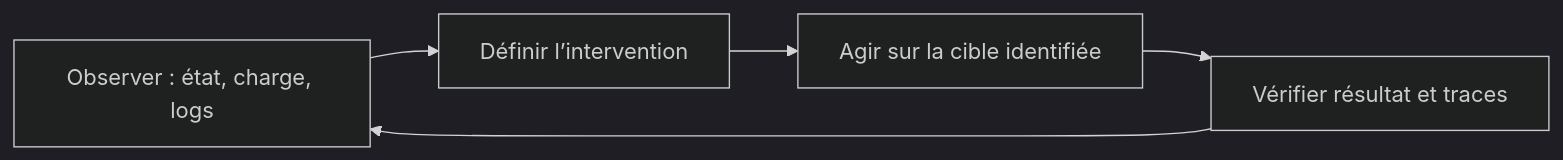
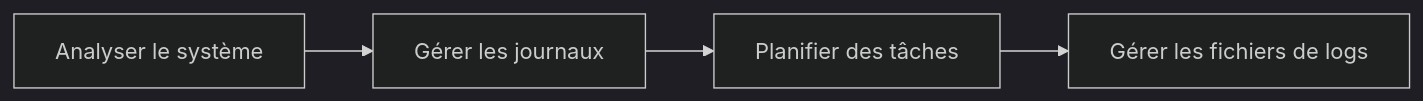
Before and after one commit to sk34pk25/tssr-cours: the second of 5 diagrams in docs/modules/05-administration-debian-gnu-linux/module-12-maintenance-d-un-systeme-en-production.md, drawn with Mermaid (dark theme). The commit also changed other lines of this file and 11 other files, not shown here.

````diff
--- a/docs/modules/05-administration-debian-gnu-linux/module-12-maintenance-d-un-systeme-en-production.md
+++ b/docs/modules/05-administration-debian-gnu-linux/module-12-maintenance-d-un-systeme-en-production.md
@@ -154,5 +138,10 @@
 ```mermaid
 flowchart LR
- O["Observer : état, charge, logs"] --> D["Définir l’intervention"] --> A["Agir sur la cible identifiée"] --> V["Vérifier résultat et traces"]
- V --> O
+    N1["Analyser le système"]
+    N2["Gérer les journaux"]
+    N3["Planifier des tâches"]
+    N4["Gérer les fichiers de logs"]
+    N1 --> N2
+    N2 --> N3
+    N3 --> N4
 ```
````
